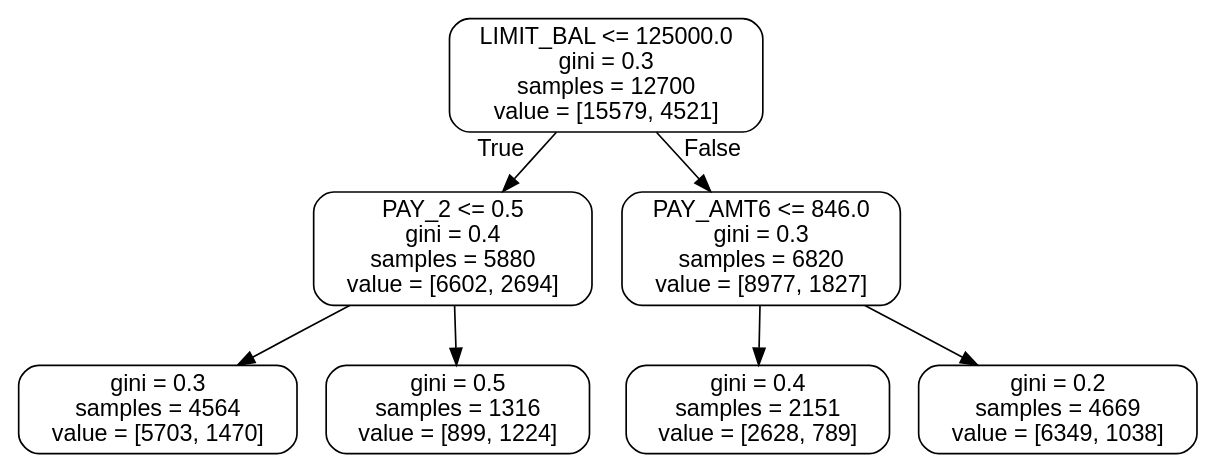
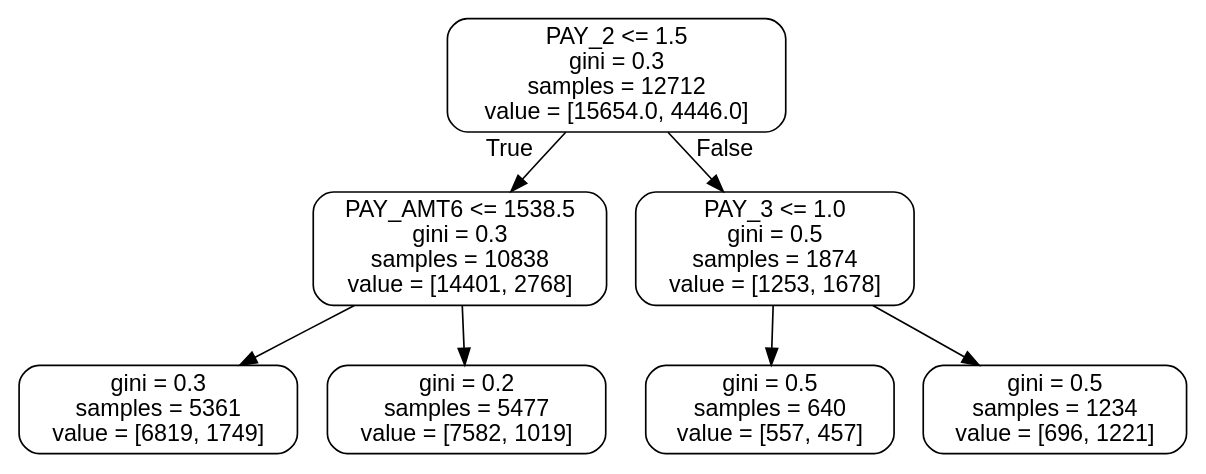
One commit to tvsiddhu/AILearn_PyCode changed the diagram in res/img/tree.dot. Above: the diagram before and after it, drawn with Graphviz. The commit also changed 2 other files, not shown here.

```diff
--- a/res/img/tree.dot
+++ b/res/img/tree.dot
@@ -1,17 +1,17 @@
 digraph Tree {
 node [shape=box, style="rounded", color="black", fontname="helvetica"] ;
 edge [fontname="helvetica"] ;
-0 [label="LIMIT_BAL <= 125000.0\ngini = 0.3\nsamples = 12700\nvalue = [15579, 4521]"] ;
-1 [label="PAY_2 <= 0.5\ngini = 0.4\nsamples = 5880\nvalue = [6602, 2694]"] ;
+0 [label="PAY_2 <= 1.5\ngini = 0.3\nsamples = 12712\nvalue = [15654.0, 4446.0]"] ;
+1 [label="PAY_AMT6 <= 1538.5\ngini = 0.3\nsamples = 10838\nvalue = [14401, 2768]"] ;
 0 -> 1 [labeldistance=2.5, labelangle=45, headlabel="True"] ;
-2 [label="gini = 0.3\nsamples = 4564\nvalue = [5703, 1470]"] ;
+2 [label="gini = 0.3\nsamples = 5361\nvalue = [6819, 1749]"] ;
 1 -> 2 ;
-3 [label="gini = 0.5\nsamples = 1316\nvalue = [899, 1224]"] ;
+3 [label="gini = 0.2\nsamples = 5477\nvalue = [7582, 1019]"] ;
 1 -> 3 ;
-4 [label="PAY_AMT6 <= 846.0\ngini = 0.3\nsamples = 6820\nvalue = [8977, 1827]"] ;
+4 [label="PAY_3 <= 1.0\ngini = 0.5\nsamples = 1874\nvalue = [1253, 1678]"] ;
 0 -> 4 [labeldistance=2.5, labelangle=-45, headlabel="False"] ;
-5 [label="gini = 0.4\nsamples = 2151\nvalue = [2628, 789]"] ;
+5 [label="gini = 0.5\nsamples = 640\nvalue = [557, 457]"] ;
 4 -> 5 ;
-6 [label="gini = 0.2\nsamples = 4669\nvalue = [6349, 1038]"] ;
+6 [label="gini = 0.5\nsamples = 1234\nvalue = [696, 1221]"] ;
 4 -> 6 ;
 }
```
